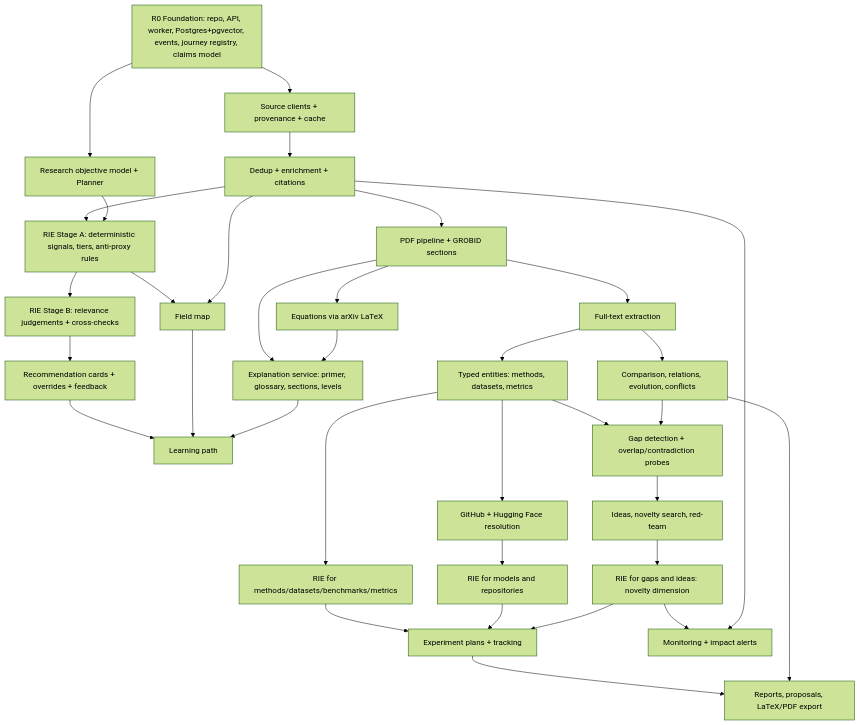
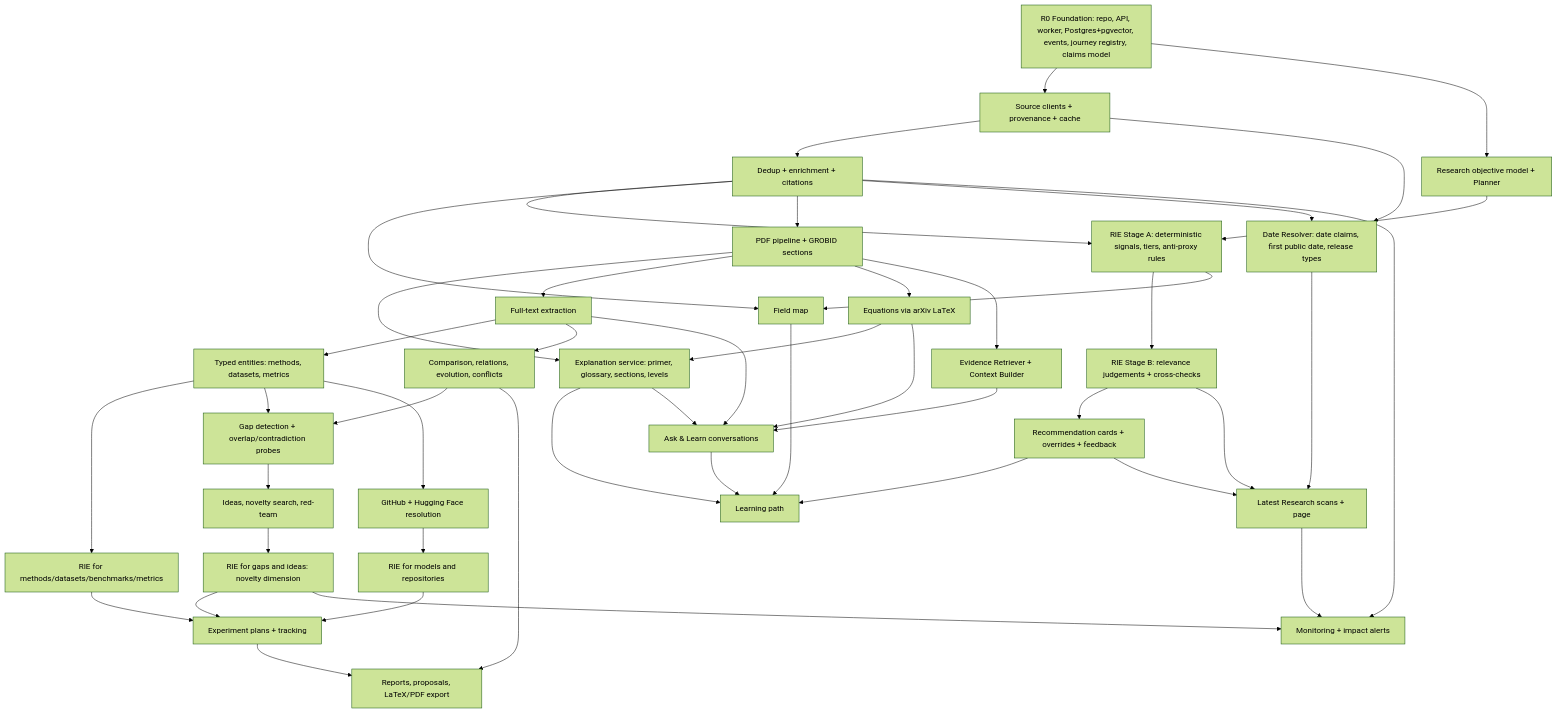
Before and after one commit to simhadripraveena2-bit/researchpilot: the diagram in docs/IMPLEMENTATION_ROADMAP.md, drawn with Mermaid (forest theme). The commit also changed other lines of this file and 9 other files, not shown here.

First line of the commit message:
Plan Latest Research page and Ask & Learn tutor

````diff
--- a/docs/IMPLEMENTATION_ROADMAP.md
+++ b/docs/IMPLEMENTATION_ROADMAP.md
@@ -43,49 +45,63 @@
 ```mermaid
 graph TD
   F0[R0 Foundation: repo, API, worker, Postgres+pgvector, events, journey registry, claims model]
   D1[Source clients + provenance + cache]
   D2[Dedup + enrichment + citations]
   OBJ[Research objective model + Planner]
   RA[RIE Stage A: deterministic signals, tiers, anti-proxy rules]
   RB[RIE Stage B: relevance judgements + cross-checks]
   CARD[Recommendation cards + overrides + feedback]
   FM[Field map]
   PDF[PDF pipeline + GROBID sections]
   EXPL[Explanation service: primer, glossary, sections, levels]
   LP[Learning path]
   EXT[Full-text extraction]
   ENT[Typed entities: methods, datasets, metrics]
   EQ[Equations via arXiv LaTeX]
   CMP[Comparison, relations, evolution, conflicts]
   RES[RIE for methods/datasets/benchmarks/metrics]
   GAP[Gap detection + overlap/contradiction probes]
   IDEA[Ideas, novelty search, red-team]
   RIG[RIE for gaps and ideas: novelty dimension]
   REPO[GitHub + Hugging Face resolution]
   RMOD[RIE for models and repositories]
   EXPP[Experiment plans + tracking]
   PROP[Reports, proposals, LaTeX/PDF export]
   MON[Monitoring + impact alerts]
+  DATE[Date Resolver: date claims, first public date, release types]
+  LAT[Latest Research scans + page]
+  RET[Evidence Retriever + Context Builder]
+  ASK[Ask & Learn conversations]
 
   F0 --> D1 --> D2 --> RA
   F0 --> OBJ --> RA
   RA --> RB --> CARD
   RA --> FM
   D2 --> FM
   D2 --> PDF --> EXPL
   CARD --> LP
   FM --> LP
   EXPL --> LP
   PDF --> EXT --> ENT --> RES
   EXT --> CMP
   PDF --> EQ --> EXPL
   ENT --> GAP
   CMP --> GAP --> IDEA --> RIG
   ENT --> REPO --> RMOD
   RES --> EXPP
   RMOD --> EXPP
   RIG --> EXPP --> PROP
   CMP --> PROP
+  D1 --> DATE
+  D2 --> DATE --> LAT
+  RB --> LAT
+  CARD --> LAT
+  PDF --> RET --> ASK
+  EXPL --> ASK
+  ASK --> LP
+  EQ --> ASK
+  EXT --> ASK
+  LAT --> MON
   RIG --> MON
   D2 --> MON
 ```
````
